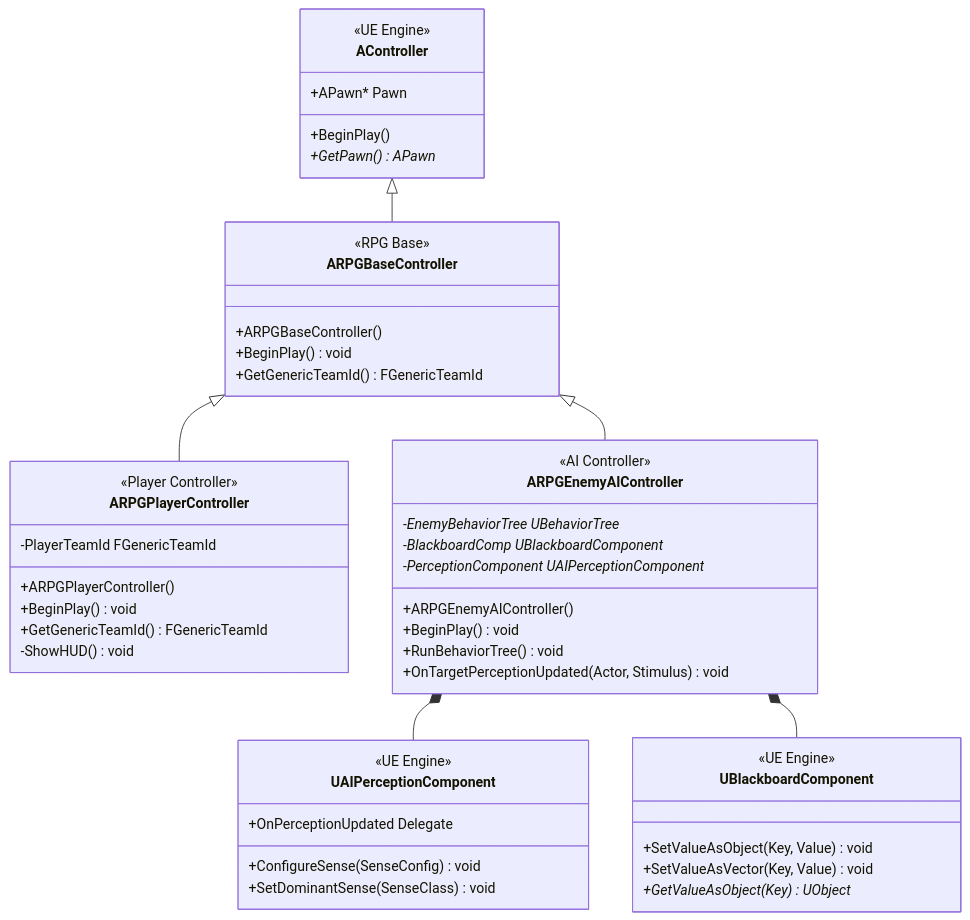
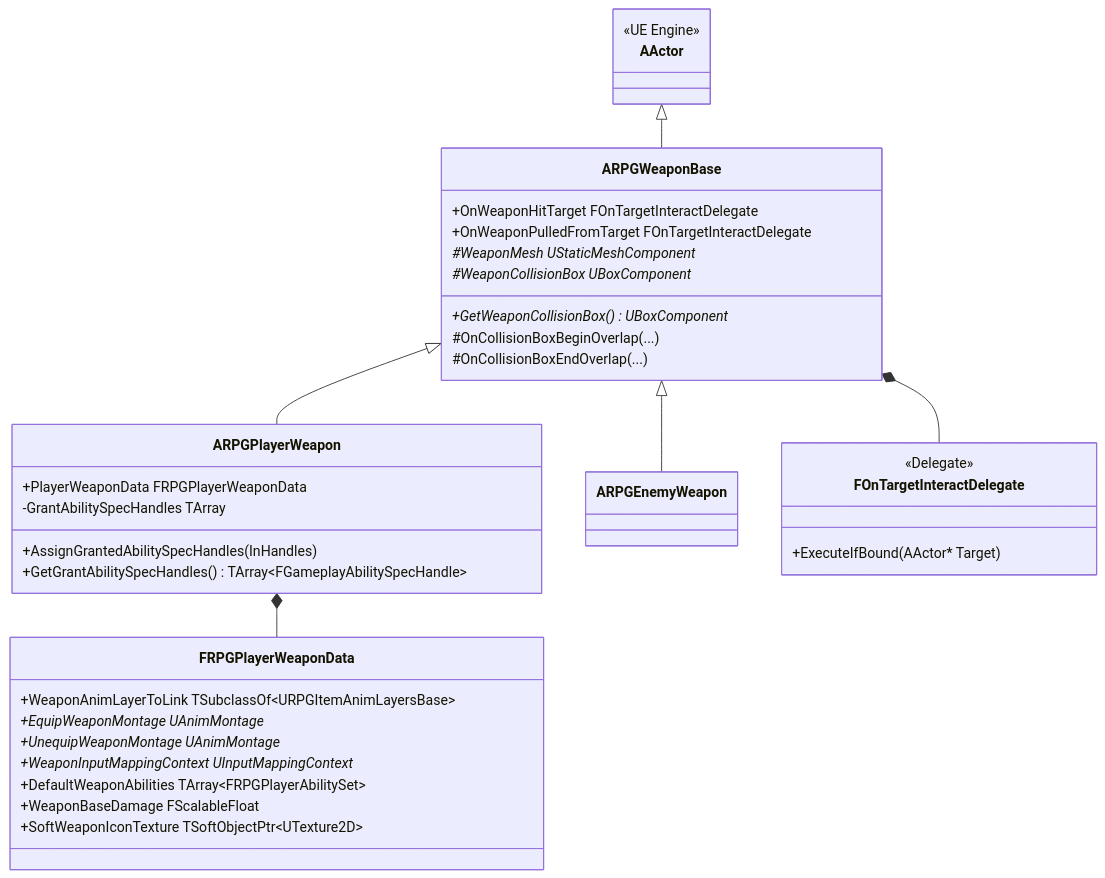
Before and after one commit to ARK31415/RPG: the seventh of 21 diagrams in Source/Docs/DetailedDesign.md, drawn with Mermaid. The commit also changed other lines of this file and 11 other files, not shown here.

````diff
--- a/Source/Docs/DetailedDesign.md
+++ b/Source/Docs/DetailedDesign.md
@@ -743,56 +368,47 @@
 ```mermaid
 classDiagram
-    class AController {
+    class AActor {
         <<UE Engine>>
-        +APawn* Pawn
-        +BeginPlay()
-        +GetPawn() APawn*
     }
     
-    class ARPGBaseController {
-        <<RPG Base>>
-        +ARPGBaseController()
-        +BeginPlay() void
-        +GetGenericTeamId() FGenericTeamId
+    class ARPGWeaponBase {
+        +OnWeaponHitTarget FOnTargetInteractDelegate
+        +OnWeaponPulledFromTarget FOnTargetInteractDelegate
+        +GetWeaponCollisionBox() UBoxComponent*
+        #WeaponMesh UStaticMeshComponent*
+        #WeaponCollisionBox UBoxComponent*
+        #OnCollisionBoxBeginOverlap(...)
+        #OnCollisionBoxEndOverlap(...)
     }
     
-    class ARPGPlayerController {
-        <<Player Controller>>
-        +ARPGPlayerController()
-        +BeginPlay() void
-        +GetGenericTeamId() FGenericTeamId
-        -ShowHUD() void
-        -PlayerTeamId FGenericTeamId
+    class ARPGPlayerWeapon {
+        +PlayerWeaponData FRPGPlayerWeaponData
+        +AssignGrantedAbilitySpecHandles(InHandles)
+        +GetGrantAbilitySpecHandles() TArray~FGameplayAbilitySpecHandle~
+        -GrantAbilitySpecHandles TArray
     }
     
-    class ARPGEnemyAIController {
-        <<AI Controller>>
-        +ARPGEnemyAIController()
-        +BeginPlay() void
-        +RunBehaviorTree() void
-        +OnTargetPerceptionUpdated(Actor, Stimulus) void
-        -EnemyBehaviorTree UBehaviorTree*
-        -BlackboardComp UBlackboardComponent*
-        -PerceptionComponent UAIPerceptionComponent*
+    class ARPGEnemyWeapon {
     }
     
-    class UAIPerceptionComponent {
-        <<UE Engine>>
-        +ConfigureSense(SenseConfig) void
-        +SetDominantSense(SenseClass) void
-        +OnPerceptionUpdated Delegate
+    class FRPGPlayerWeaponData {
+        +WeaponAnimLayerToLink TSubclassOf~URPGItemAnimLayersBase~
+        +EquipWeaponMontage UAnimMontage*
+        +UnequipWeaponMontage UAnimMontage*
+        +WeaponInputMappingContext UInputMappingContext*
+        +DefaultWeaponAbilities TArray~FRPGPlayerAbilitySet~
+        +WeaponBaseDamage FScalableFloat
+        +SoftWeaponIconTexture TSoftObjectPtr~UTexture2D~
     }
     
-    class UBlackboardComponent {
-        <<UE Engine>>
-        +SetValueAsObject(Key, Value) void
-        +SetValueAsVector(Key, Value) void
-        +GetValueAsObject(Key) UObject*
+    class FOnTargetInteractDelegate {
+        <<Delegate>>
+        +ExecuteIfBound(AActor* Target)
     }
     
-    AController <|-- ARPGBaseController
-    ARPGBaseController <|-- ARPGPlayerController
-    ARPGBaseController <|-- ARPGEnemyAIController
-    ARPGEnemyAIController *-- UAIPerceptionComponent
-    ARPGEnemyAIController *-- UBlackboardComponent
+    AActor <|-- ARPGWeaponBase
+    ARPGWeaponBase <|-- ARPGPlayerWeapon
+    ARPGWeaponBase <|-- ARPGEnemyWeapon
+    ARPGPlayerWeapon *-- FRPGPlayerWeaponData
+    ARPGWeaponBase *-- FOnTargetInteractDelegate
 ```
````
